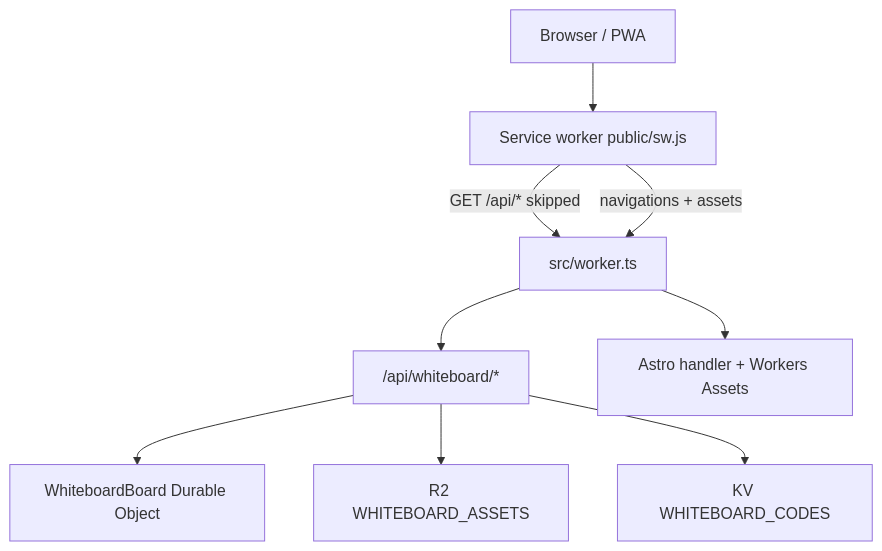
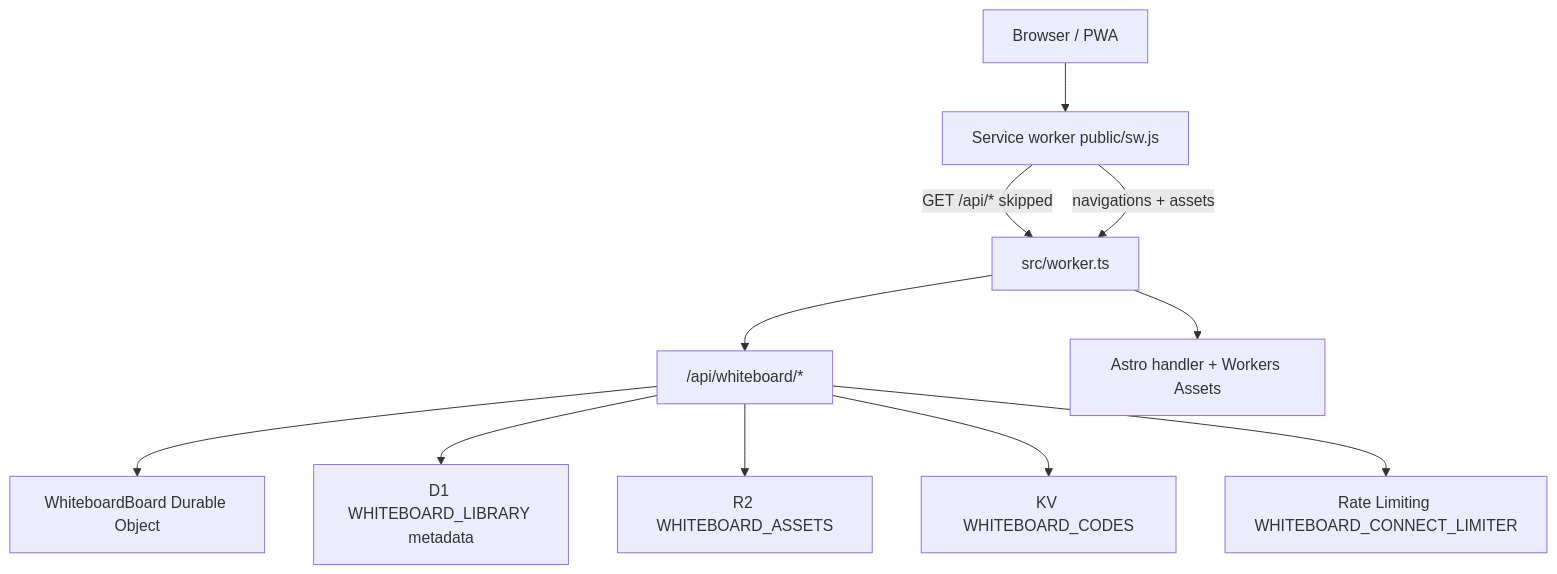
Before and after one commit to dmeim/scsfoxchase.tech: the diagram in docs/architecture.md, drawn with Mermaid. The commit also changed other lines of this file and 57 other files, not shown here.

````diff
--- a/docs/architecture.md
+++ b/docs/architecture.md
@@ -20,20 +20,24 @@
 ```mermaid
 flowchart TD
   Client[Browser / PWA]
   SW[Service worker public/sw.js]
   Worker[src/worker.ts]
   API["/api/whiteboard/*"]
   DO[WhiteboardBoard Durable Object]
+  D1[D1 WHITEBOARD_LIBRARY metadata]
   R2[R2 WHITEBOARD_ASSETS]
   KV[KV WHITEBOARD_CODES]
+  RL[Rate Limiting WHITEBOARD_CONNECT_LIMITER]
   Assets[Astro handler + Workers Assets]
 
   Client --> SW
   SW -->|"GET /api/* skipped"| Worker
   SW -->|"navigations + assets"| Worker
   Worker --> API
   API --> DO
+  API --> D1
   API --> R2
   API --> KV
+  API --> RL
   Worker --> Assets
 ```
````
